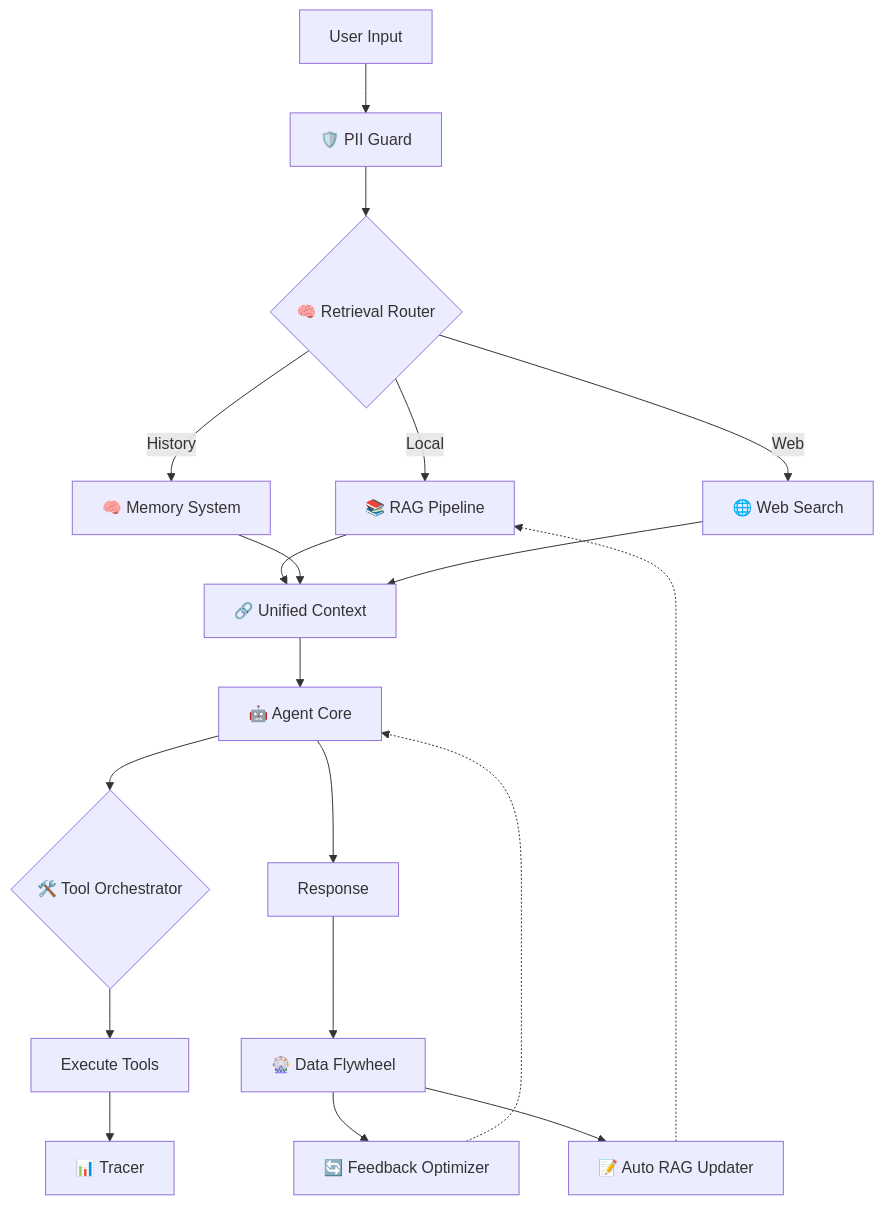
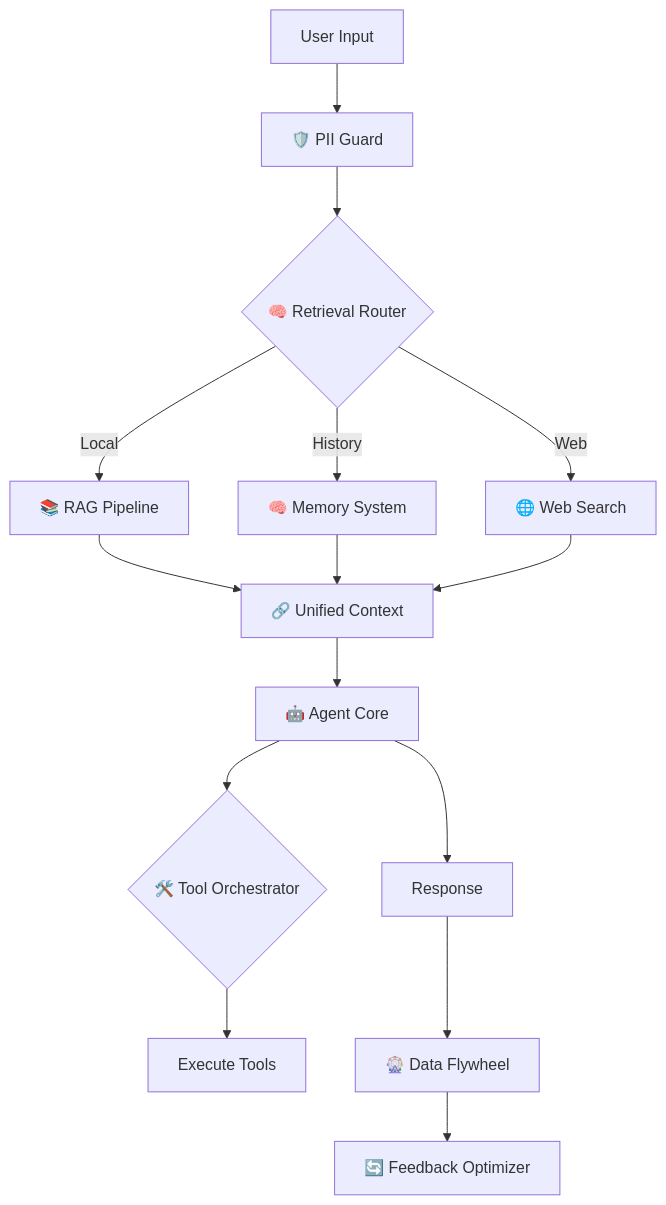
The diagram in README.md (caser-legal/nvidia-cli), drawn with Mermaid before and after one commit. The commit also changed other lines of this file, not shown here.

````diff
--- a/README.md
+++ b/README.md
@@ -125,26 +204,20 @@
 ```mermaid
 flowchart TD
     User[User Input] --> PIIGuard[🛡️ PII Guard]
     PIIGuard --> Router{🧠 Retrieval Router}
     
     Router -->|Local| RAG[📚 RAG Pipeline]
     Router -->|History| Memory[🧠 Memory System]
     Router -->|Web| Search[🌐 Web Search]
     
     RAG & Memory & Search --> UnifiedContext[🔗 Unified Context]
     
     UnifiedContext --> Agent[🤖 Agent Core]
     
     Agent --> ToolOrchestrator{🛠️ Tool Orchestrator}
     ToolOrchestrator --> Tools[Execute Tools]
-    Tools --> Tracer[📊 Tracer]
     
     Agent --> Output[Response]
-    
     Output --> Flywheel[🎡 Data Flywheel]
     Flywheel --> FeedbackOptimizer[🔄 Feedback Optimizer]
-    Flywheel --> AutoRAG[📝 Auto RAG Updater]
-    
-    FeedbackOptimizer -.-> Agent
-    AutoRAG -.-> RAG
 ```
````
